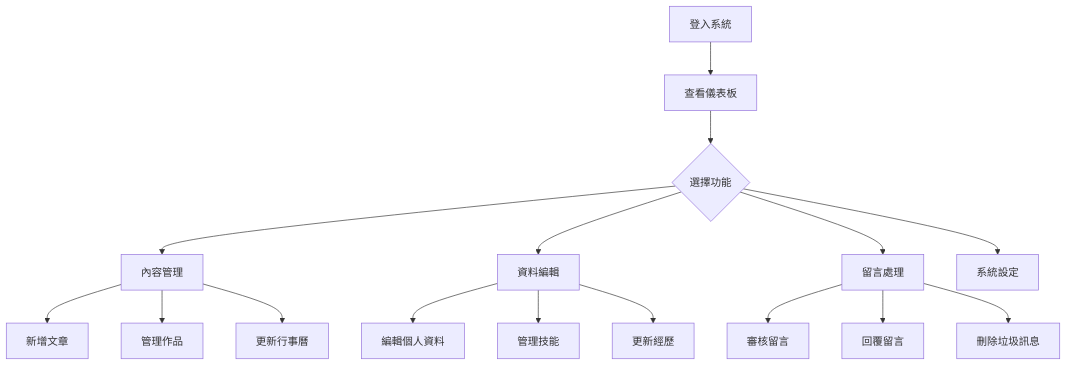
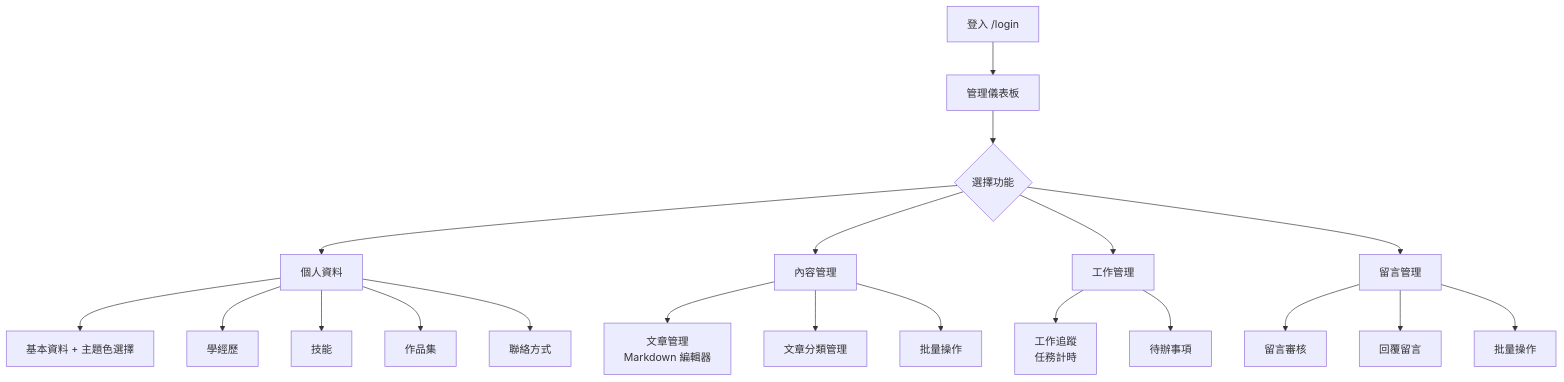
Before and after one commit to hn83320589/personal_manager: the second of 2 diagrams in docs/feature-overview.md, drawn with Mermaid. The commit also changed other lines of this file and 7 other files, not shown here.

````diff
--- a/docs/feature-overview.md
+++ b/docs/feature-overview.md
@@ -148,22 +72,27 @@
 ```mermaid
 flowchart TD
-    A[登入系統] --> B[查看儀表板]
+    A[登入 /login] --> B[管理儀表板]
     B --> C{選擇功能}
-    
-    C --> D[內容管理]
-    C --> E[資料編輯]
-    C --> F[留言處理]
-    C --> G[系統設定]
-    
-    D --> D1[新增文章]
-    D --> D2[管理作品]
-    D --> D3[更新行事曆]
-    
-    E --> E1[編輯個人資料]
-    E --> E2[管理技能]
-    E --> E3[更新經歷]
-    
-    F --> F1[審核留言]
-    F --> F2[回覆留言]
-    F --> F3[刪除垃圾訊息]
+
+    C --> D[個人資料]
+    C --> E[內容管理]
+    C --> F[工作管理]
+    C --> G[留言管理]
+
+    D --> D1[基本資料 + 主題色選擇]
+    D --> D2[學經歷]
+    D --> D3[技能]
+    D --> D4[作品集]
+    D --> D5[聯絡方式]
+
+    E --> E1[文章管理\nMarkdown 編輯器]
+    E --> E2[文章分類管理]
+    E --> E3[批量操作]
+
+    F --> F1[工作追蹤\n任務計時]
+    F --> F2[待辦事項]
+
+    G --> G1[留言審核]
+    G --> G2[回覆留言]
+    G --> G3[批量操作]
 ```
````
